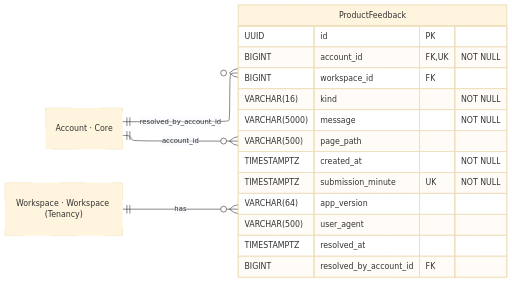
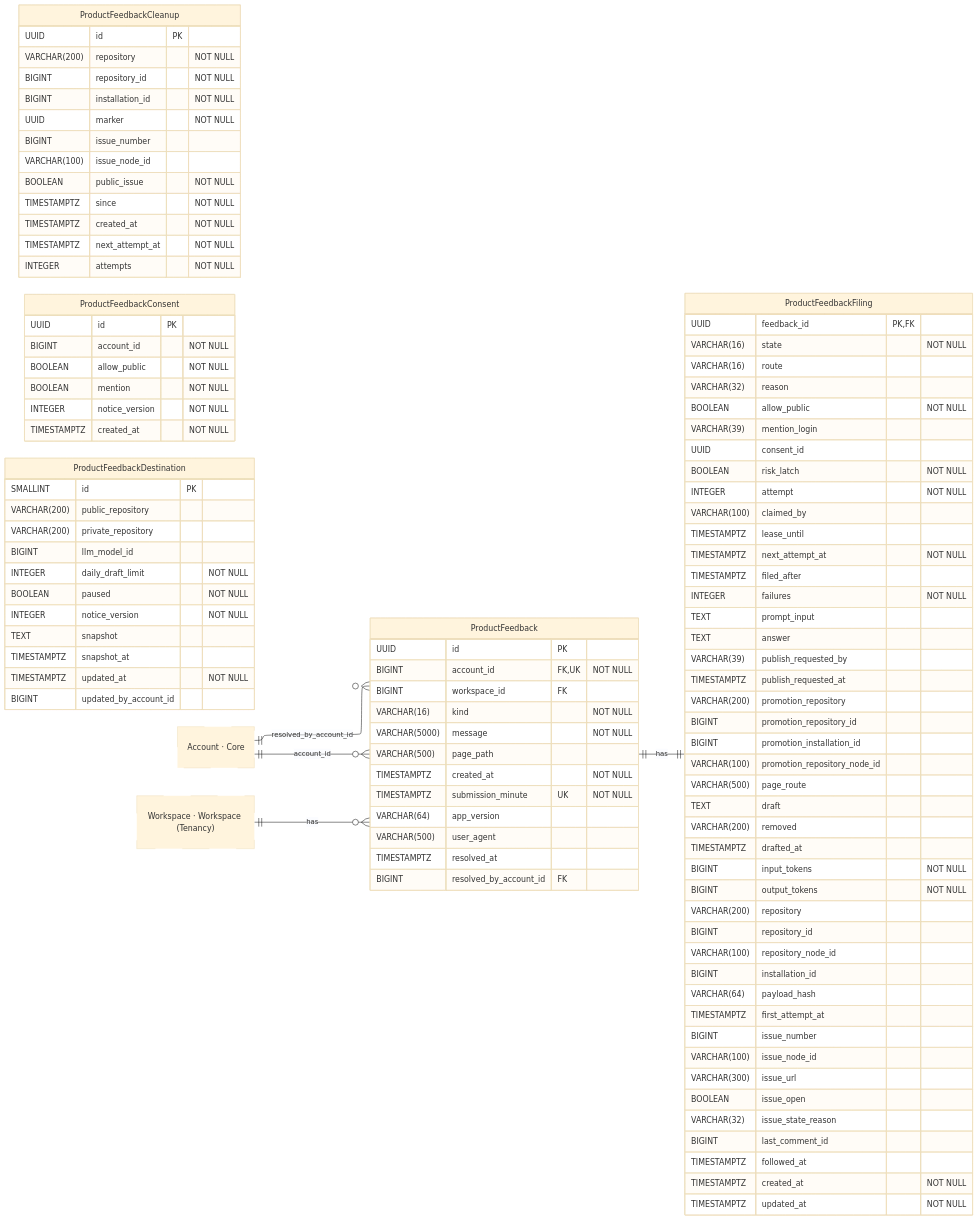
Before and after one commit to hephaestus-build/Hephaestus: the diagram in docs/contributor/erd/productfeedback.mmd, drawn with Mermaid (base theme). The commit also changed 163 other files, not shown here.

First line of the commit message:
feat: product feedback is filed as GitHub issues

```diff
--- a/docs/contributor/erd/productfeedback.mmd
+++ b/docs/contributor/erd/productfeedback.mmd
@@ -1,43 +1,130 @@
 ---
 config:
     layout: elk
 ---
 erDiagram
     %% Generated automatically from PostgreSQL database schema
     %% using scripts/generate-mermaid-erd.ts
     %% To regenerate: vp run db:generate-erd-docs
 
     direction LR
 
     ProductFeedback {
         UUID id PK
         BIGINT account_id FK,UK "NOT NULL"
         BIGINT workspace_id FK
         VARCHAR(16) kind "NOT NULL"
         VARCHAR(5000) message "NOT NULL"
         VARCHAR(500) page_path
         TIMESTAMPTZ created_at "NOT NULL"
         TIMESTAMPTZ submission_minute UK "NOT NULL"
         VARCHAR(64) app_version
         VARCHAR(500) user_agent
         TIMESTAMPTZ resolved_at
         BIGINT resolved_by_account_id FK
     }
 
+    ProductFeedbackCleanup {
+        UUID id PK
+        VARCHAR(200) repository "NOT NULL"
+        BIGINT repository_id "NOT NULL"
+        BIGINT installation_id "NOT NULL"
+        UUID marker "NOT NULL"
+        BIGINT issue_number
+        VARCHAR(100) issue_node_id
+        BOOLEAN public_issue "NOT NULL"
+        TIMESTAMPTZ since "NOT NULL"
+        TIMESTAMPTZ created_at "NOT NULL"
+        TIMESTAMPTZ next_attempt_at "NOT NULL"
+        INTEGER attempts "NOT NULL"
+    }
+
+    ProductFeedbackConsent {
+        UUID id PK
+        BIGINT account_id "NOT NULL"
+        BOOLEAN allow_public "NOT NULL"
+        BOOLEAN mention "NOT NULL"
+        INTEGER notice_version "NOT NULL"
+        TIMESTAMPTZ created_at "NOT NULL"
+    }
+
+    ProductFeedbackDestination {
+        SMALLINT id PK
+        VARCHAR(200) public_repository
+        VARCHAR(200) private_repository
+        BIGINT llm_model_id
+        INTEGER daily_draft_limit "NOT NULL"
+        BOOLEAN paused "NOT NULL"
+        INTEGER notice_version "NOT NULL"
+        TEXT snapshot
+        TIMESTAMPTZ snapshot_at
+        TIMESTAMPTZ updated_at "NOT NULL"
+        BIGINT updated_by_account_id
+    }
+
+    ProductFeedbackFiling {
+        UUID feedback_id PK,FK
+        VARCHAR(16) state "NOT NULL"
+        VARCHAR(16) route
+        VARCHAR(32) reason
+        BOOLEAN allow_public "NOT NULL"
+        VARCHAR(39) mention_login
+        UUID consent_id
+        BOOLEAN risk_latch "NOT NULL"
+        INTEGER attempt "NOT NULL"
+        VARCHAR(100) claimed_by
+        TIMESTAMPTZ lease_until
+        TIMESTAMPTZ next_attempt_at "NOT NULL"
+        TIMESTAMPTZ filed_after
+        INTEGER failures "NOT NULL"
+        TEXT prompt_input
+        TEXT answer
+        VARCHAR(39) publish_requested_by
+        TIMESTAMPTZ publish_requested_at
+        VARCHAR(200) promotion_repository
+        BIGINT promotion_repository_id
+        BIGINT promotion_installation_id
+        VARCHAR(100) promotion_repository_node_id
+        VARCHAR(500) page_route
+        TEXT draft
+        VARCHAR(200) removed
+        TIMESTAMPTZ drafted_at
+        BIGINT input_tokens "NOT NULL"
+        BIGINT output_tokens "NOT NULL"
+        VARCHAR(200) repository
+        BIGINT repository_id
+        VARCHAR(100) repository_node_id
+        BIGINT installation_id
+        VARCHAR(64) payload_hash
+        TIMESTAMPTZ first_attempt_at
+        BIGINT issue_number
+        VARCHAR(100) issue_node_id
+        VARCHAR(300) issue_url
+        BOOLEAN issue_open
+        VARCHAR(32) issue_state_reason
+        BIGINT last_comment_id
+        TIMESTAMPTZ followed_at
+        TIMESTAMPTZ created_at "NOT NULL"
+        TIMESTAMPTZ updated_at "NOT NULL"
+    }
+
     Account["Account · Core"]
     Workspace["Workspace · Workspace (Tenancy)"]
 
     %% Relationships
+    %% One-to-One relationships
+    ProductFeedback ||--|| ProductFeedbackFiling : has
+
     %% One-to-Many relationships
     Account ||--o{ ProductFeedback : account_id
     Account ||--o{ ProductFeedback : resolved_by_account_id
     Workspace ||--o{ ProductFeedback : has
 
     %% Styling
     classDef primaryEntity stroke:#0288d1,stroke-width:2px
     classDef associationEntity stroke:#8e24aa,stroke-width:2px
     classDef metadataEntity stroke:#43a047,stroke-width:2px
     classDef referenceEntity stroke-dasharray:5 5
 
     class Account referenceEntity
     class Workspace referenceEntity
```
